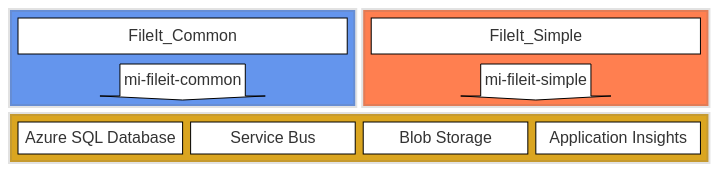
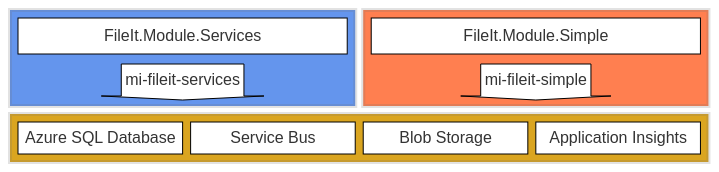
One commit to cesarmeraz/cmeraz-fileit changed the second of 4 diagrams in docs/architecture.md. Above: the diagram before and after it, drawn with Mermaid. The commit also changed other lines of this file and 34 other files, not shown here.

````diff
--- a/docs/architecture.md
+++ b/docs/architecture.md
@@ -27,26 +27,26 @@
 ```mermaid
 %%{init: {'theme': 'neutral' } }%%
 block
   columns 4
     block:common:2
       columns 1
-      FA1["FileIt_Common"] 
-      MI1<["mi-fileit-common"]>(down) 
+      FA1["FileIt.Module.Services"] 
+      MI1<["mi-fileit-services"]>(down) 
       end
     block:simple:2
       columns 1
-      FA2["FileIt_Simple"] 
+      FA2["FileIt.Module.Simple"] 
       MA2<["mi-fileit-simple"]>(down) 
     end
   block:shared:4
     DB["Azure SQL Database"] 
     SB["Service Bus"] 
     BS["Blob Storage"] 
     AI["Application Insights"]
   end
   classDef shape fill:white,color:black, stroke-width:1px, stroke:black 
   class FA1,MI1,FA2,MA2,DB,SB,BS,AI shape
   style common fill:cornflowerblue,stroke-width:4px
   style simple fill:coral,stroke-width:4px
   style shared fill:goldenrod,stroke-width:4px
 ```
````
